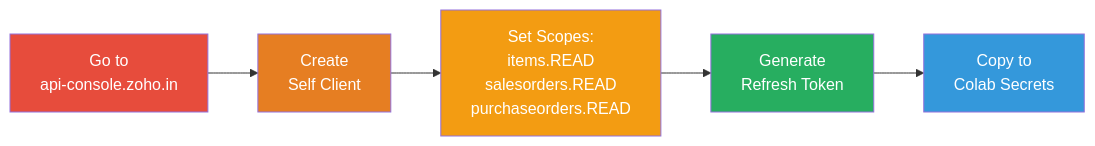
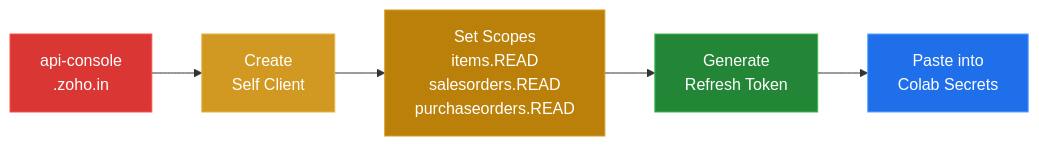
One commit to santhoshkrishnan-M/SCM-connector changed the seventh of 13 diagrams in README.md. Above: the diagram before and after it, drawn with Mermaid. The commit also changed other lines of this file, not shown here.

````diff
--- a/README.md
+++ b/README.md
@@ -510,13 +343,13 @@
 ```mermaid
 flowchart LR
-    A["Go to<br/>api-console.zoho.in"] --> B["Create<br/>Self Client"]
-    B --> C["Set Scopes:<br/>items.READ<br/>salesorders.READ<br/>purchaseorders.READ"]
-    C --> D["Generate<br/>Refresh Token"]
-    D --> E["Copy to<br/>Colab Secrets"]
+    A["api-console<br/>.zoho.in"]:::red --> B["Create<br/>Self Client"]:::orange
+    B --> C["Set Scopes<br/>items.READ<br/>salesorders.READ<br/>purchaseorders.READ"]:::yellow
+    C --> D["Generate<br/>Refresh Token"]:::green
+    D --> E["Paste into<br/>Colab Secrets"]:::blue
 
-    style A fill:#e74c3c,color:#fff
-    style B fill:#e67e22,color:#fff
-    style C fill:#f39c12,color:#fff
-    style D fill:#27ae60,color:#fff
-    style E fill:#3498db,color:#fff
+    classDef red fill:#da3633,stroke:#f85149,color:#fff
+    classDef orange fill:#d29922,stroke:#e3b341,color:#fff
+    classDef yellow fill:#bb8009,stroke:#d29922,color:#fff
+    classDef green fill:#238636,stroke:#3fb950,color:#fff
+    classDef blue fill:#1f6feb,stroke:#58a6ff,color:#fff
 ```
````
